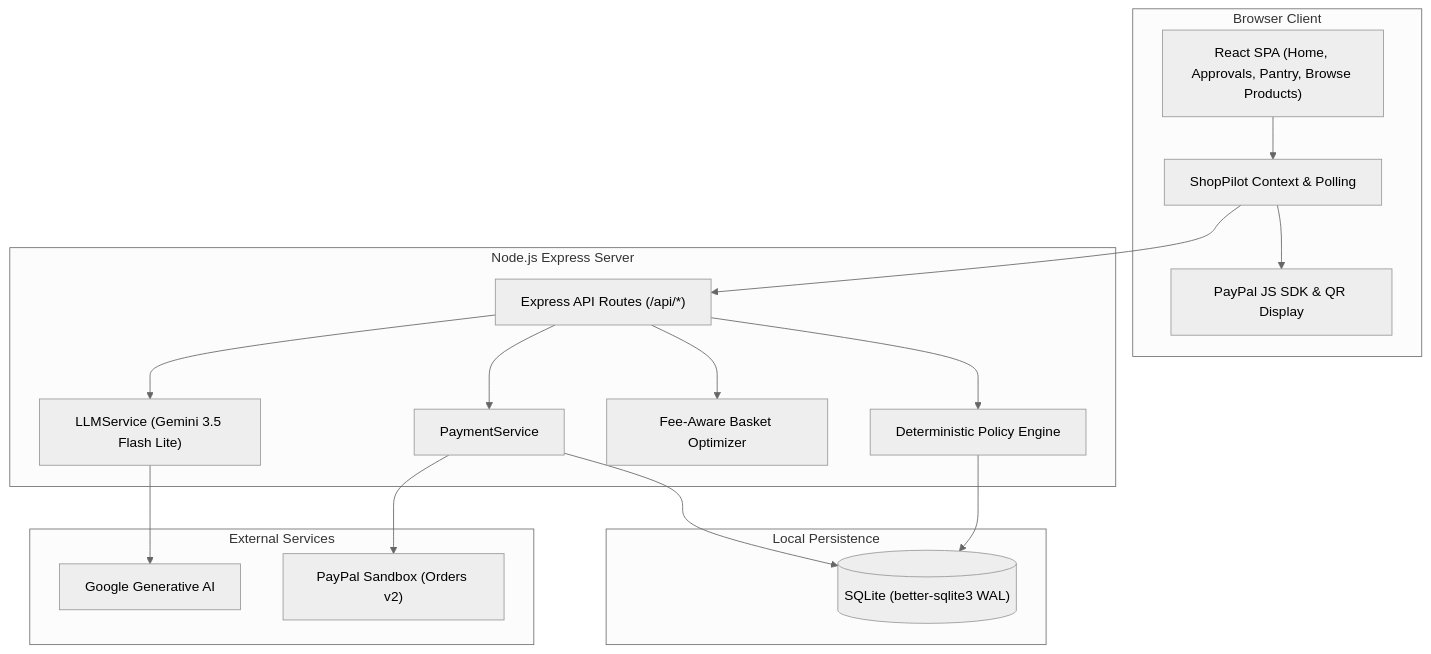
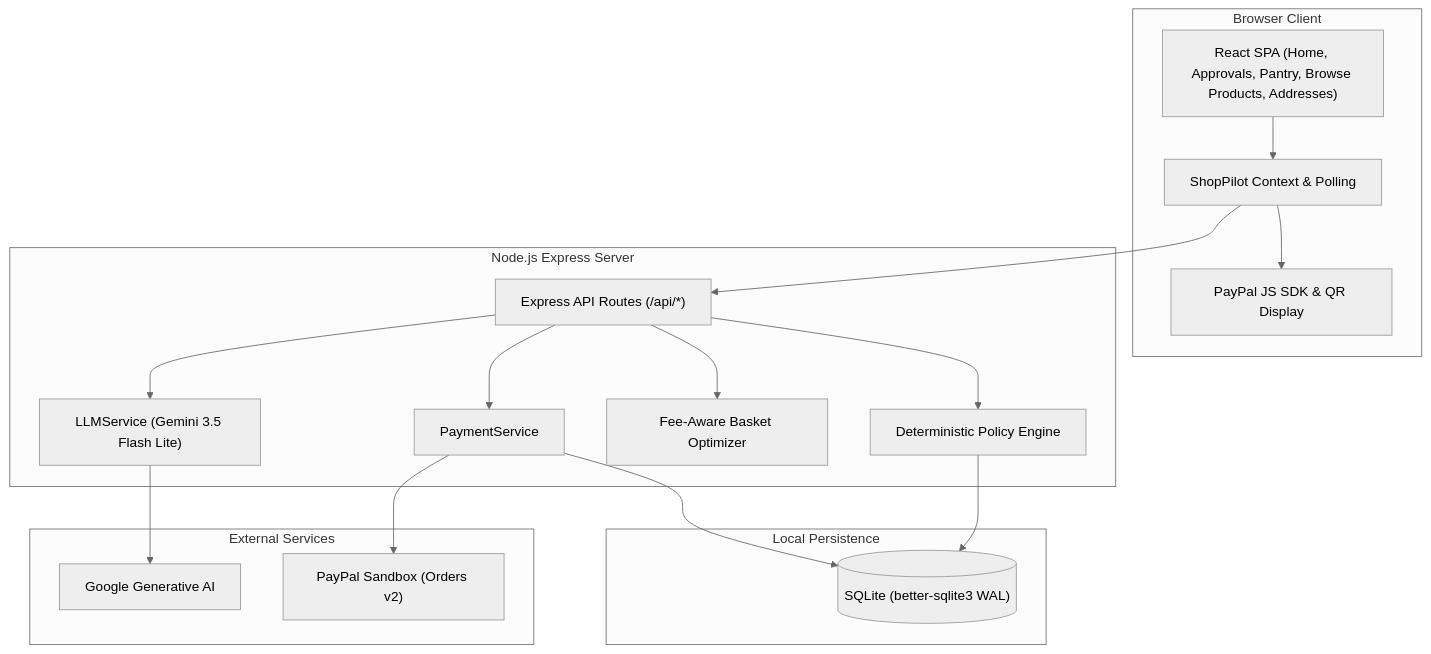
One commit to div-gul/paypal changed the first of 2 diagrams in README.md. Above: the diagram before and after it, drawn with Mermaid (neutral theme). The commit also changed other lines of this file and 22 other files, not shown here.

````diff
--- a/README.md
+++ b/README.md
@@ -82,37 +88,37 @@
 ```mermaid
 flowchart TD
     subgraph Browser ["Browser Client"]
-        UI["React SPA (Home, Approvals, Pantry, Browse Products)"]
+        UI["React SPA (Home, Approvals, Pantry, Browse Products, Addresses)"]
         Context["ShopPilot Context & Polling"]
         SDK["PayPal JS SDK & QR Display"]
     end
 
     subgraph Server ["Node.js Express Server"]
         Routes["Express API Routes (/api/*)"]
         PolicyEng["Deterministic Policy Engine"]
         Optimizer["Fee-Aware Basket Optimizer"]
         PayService["PaymentService"]
         LLM["LLMService (Gemini 3.5 Flash Lite)"]
     end
 
     subgraph Data ["Local Persistence"]
         DB[("SQLite (better-sqlite3 WAL)")]
     end
 
     subgraph External ["External Services"]
         PayPal["PayPal Sandbox (Orders v2)"]
         Gemini["Google Generative AI"]
     end
 
     UI --> Context
     Context --> SDK
     Context --> Routes
     Routes --> PolicyEng
     Routes --> Optimizer
     Routes --> PayService
     Routes --> LLM
     PolicyEng --> DB
     PayService --> DB
     PayService --> PayPal
     LLM --> Gemini
 ```
````
